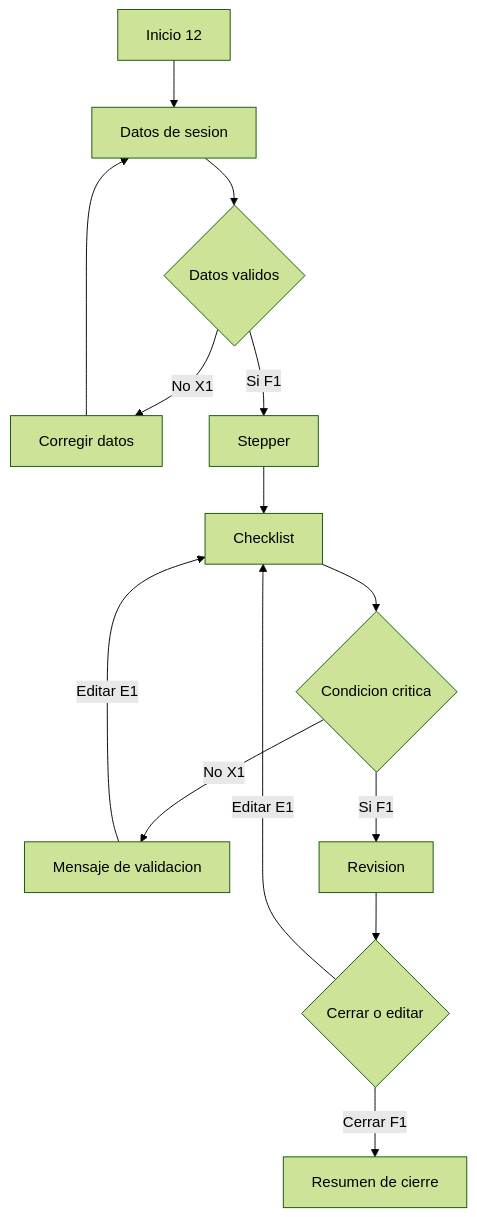
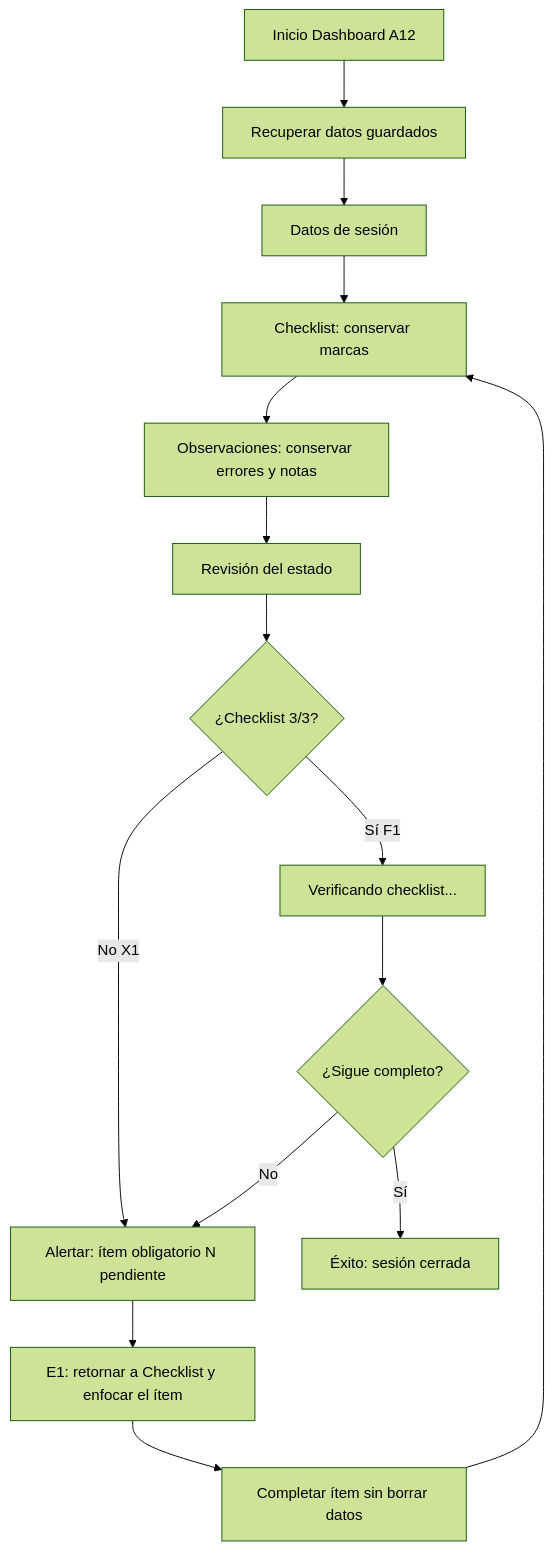
Before and after one commit to EMILIOABRIL05/Prueba_01_IHC_Parcial2: the diagram in diagramas/IHC-A-12-flujo.mmd, drawn with Mermaid (forest theme). The commit also changed 13 other files, not shown here.

```diff
--- a/diagramas/IHC-A-12-flujo.mmd
+++ b/diagramas/IHC-A-12-flujo.mmd
@@ -1,14 +1,15 @@
 flowchart TD
- A[Inicio 12] --> B[Datos de sesion]
- B --> C{Datos validos}
- C -->|No X1| D[Corregir datos]
- D --> B
- C -->|Si F1| E[Stepper]
- E --> F[Checklist]
- F --> G{Condicion critica}
- G -->|No X1| H[Mensaje de validacion]
- H -->|Editar E1| F
- G -->|Si F1| I[Revision]
- I --> J{Cerrar o editar}
- J -->|Editar E1| F
- J -->|Cerrar F1| K[Resumen de cierre]
+ A[Inicio Dashboard A12] --> B[Recuperar datos guardados]
+ B --> C[Datos de sesión]
+ C --> D[Checklist: conservar marcas]
+ D --> E[Observaciones: conservar errores y notas]
+ E --> F[Revisión del estado]
+ F --> G{¿Checklist 3/3?}
+ G -->|No X1| H[Alertar: ítem obligatorio N pendiente]
+ H --> I[E1: retornar a Checklist y enfocar el ítem]
+ I --> J[Completar ítem sin borrar datos]
+ J --> D
+ G -->|Sí F1| K[Verificando checklist...]
+ K --> L{¿Sigue completo?}
+ L -->|No| H
+ L -->|Sí| M[Éxito: sesión cerrada]
```
